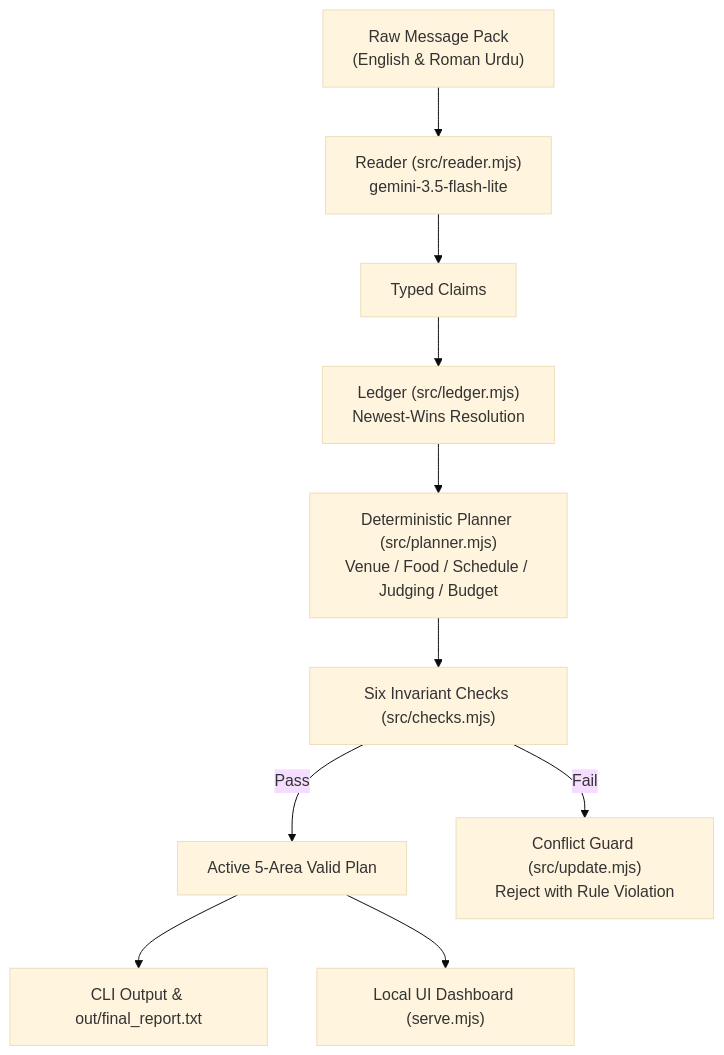
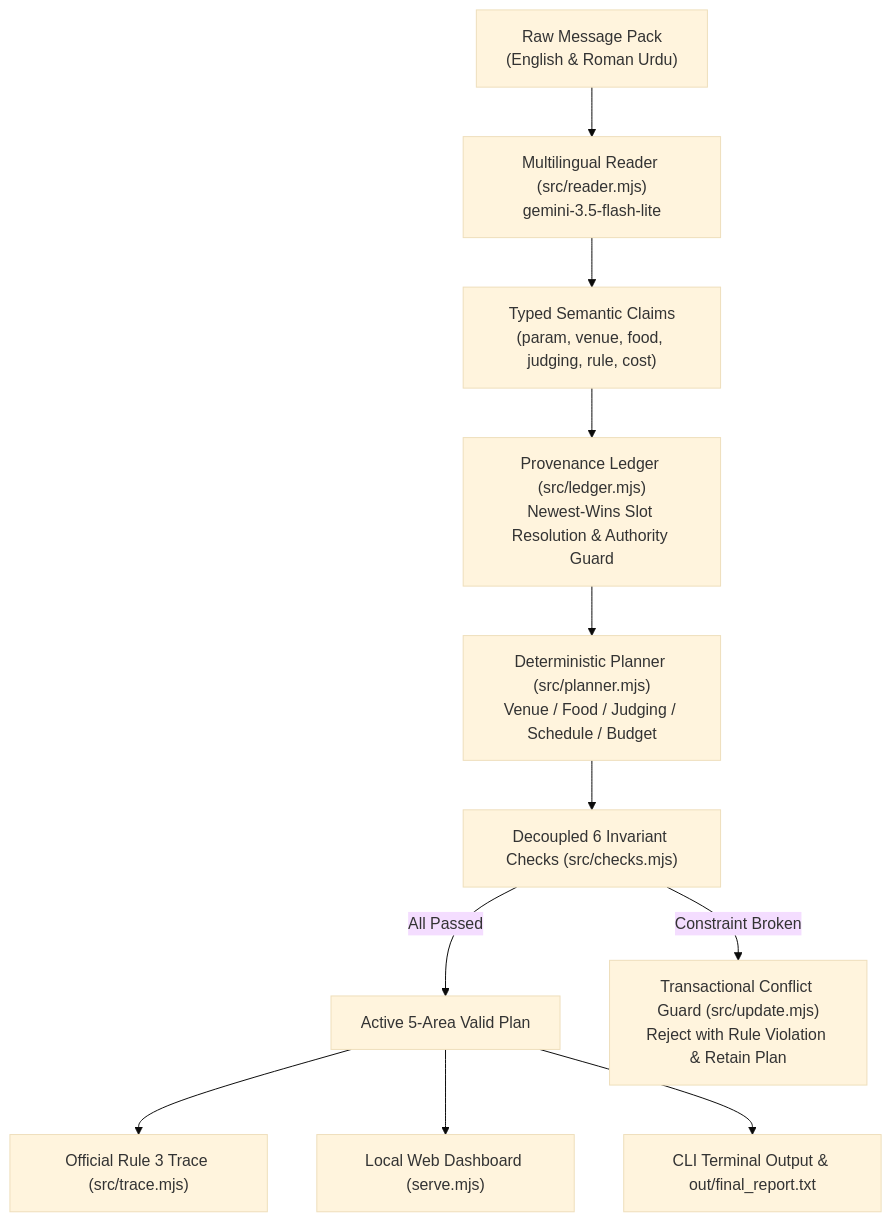
The diagram in README.md (MuhammadAhmedAli26/mtm-autonomous-event-planner), drawn with Mermaid (base theme) before and after one commit. The commit also changed other lines of this file and 4 other files, not shown here.

````diff
--- a/README.md
+++ b/README.md
@@ -18,12 +37,13 @@
 ```mermaid
 flowchart TD
-    A["Raw Message Pack<br/>(English & Roman Urdu)"] --> B["Reader (src/reader.mjs)<br/>gemini-3.5-flash-lite"]
-    B --> C["Typed Claims"]
-    C --> D["Ledger (src/ledger.mjs)<br/>Newest-Wins Resolution"]
-    D --> E["Deterministic Planner (src/planner.mjs)<br/>Venue / Food / Schedule / Judging / Budget"]
-    E --> F["Six Invariant Checks (src/checks.mjs)"]
-    F -->|Pass| G["Active 5-Area Valid Plan"]
-    F -->|Fail| H["Conflict Guard (src/update.mjs)<br/>Reject with Rule Violation"]
-    G --> I["CLI Output & out/final_report.txt"]
-    G --> J["Local UI Dashboard (serve.mjs)"]
+    A["Raw Message Pack<br/>(English & Roman Urdu)"] --> B["Multilingual Reader (src/reader.mjs)<br/>gemini-3.5-flash-lite"]
+    B --> C["Typed Semantic Claims<br/>(param, venue, food, judging, rule, cost)"]
+    C --> D["Provenance Ledger (src/ledger.mjs)<br/>Newest-Wins Slot Resolution & Authority Guard"]
+    D --> E["Deterministic Planner (src/planner.mjs)<br/>Venue / Food / Judging / Schedule / Budget"]
+    E --> F["Decoupled 6 Invariant Checks (src/checks.mjs)"]
+    F -->|All Passed| G["Active 5-Area Valid Plan"]
+    F -->|Constraint Broken| H["Transactional Conflict Guard (src/update.mjs)<br/>Reject with Rule Violation & Retain Plan"]
+    G --> I["Official Rule 3 Trace (src/trace.mjs)"]
+    G --> J["Local Web Dashboard (serve.mjs)"]
+    G --> K["CLI Terminal Output & out/final_report.txt"]
 ```
````
